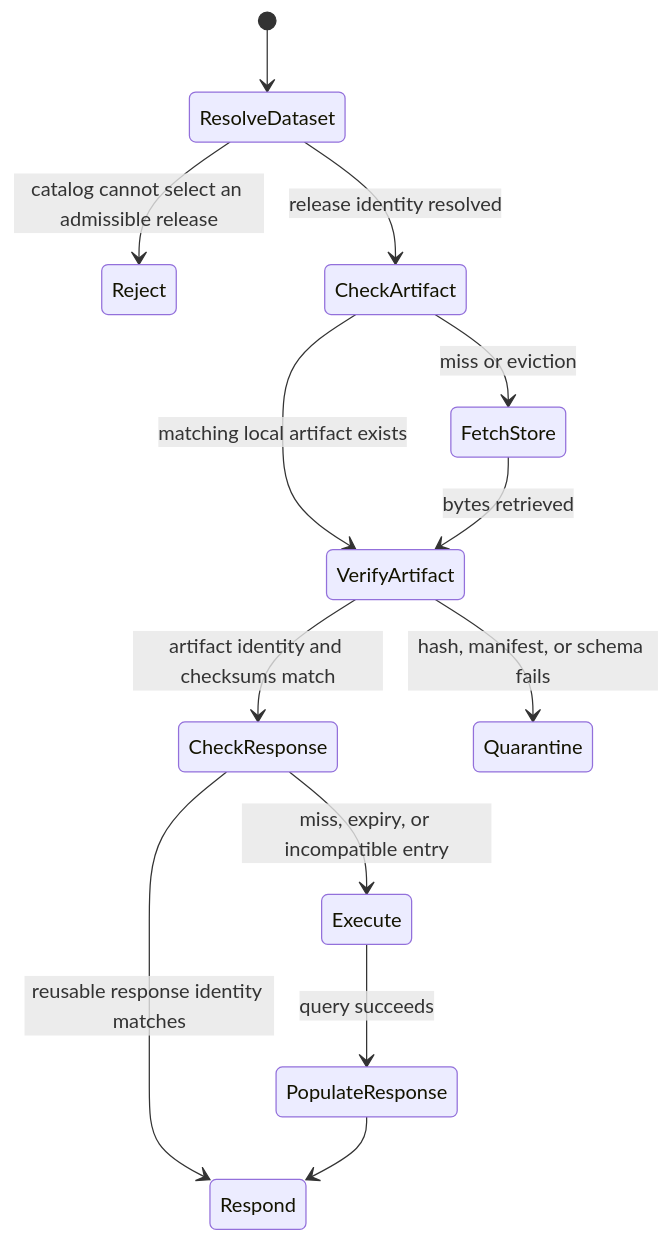
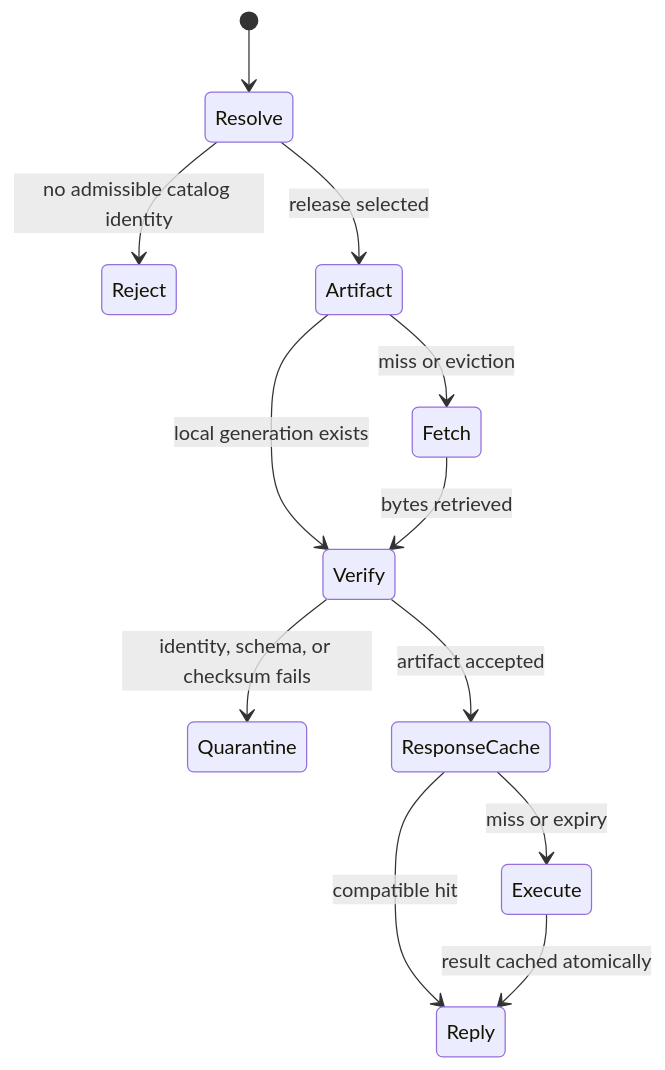
Before and after one commit to bijux/bijux-atlas: the second of 3 diagrams in docs/bijux-atlas-ops/stack/cache-and-store-operations.md, drawn with Mermaid. The commit also changed other lines of this file and 1 other file, not shown here.

````diff
--- a/docs/bijux-atlas-ops/stack/cache-and-store-operations.md
+++ b/docs/bijux-atlas-ops/stack/cache-and-store-operations.md
@@ -44,15 +46,14 @@
 ```mermaid
 stateDiagram-v2
-    [*] --> ResolveDataset
-    ResolveDataset --> Reject: catalog cannot select an admissible release
-    ResolveDataset --> CheckArtifact: release identity resolved
-    CheckArtifact --> VerifyArtifact: matching local artifact exists
-    CheckArtifact --> FetchStore: miss or eviction
-    VerifyArtifact --> CheckResponse: artifact identity and checksums match
-    FetchStore --> VerifyArtifact: bytes retrieved
-    VerifyArtifact --> Quarantine: hash, manifest, or schema fails
-    CheckResponse --> Respond: reusable response identity matches
-    CheckResponse --> Execute: miss, expiry, or incompatible entry
-    Execute --> PopulateResponse: query succeeds
-    PopulateResponse --> Respond
+    [*] --> Resolve
+    Resolve --> Reject: no admissible catalog identity
+    Resolve --> Artifact: release selected
+    Artifact --> Verify: local generation exists
+    Artifact --> Fetch: miss or eviction
+    Fetch --> Verify: bytes retrieved
+    Verify --> Quarantine: identity, schema, or checksum fails
+    Verify --> ResponseCache: artifact accepted
+    ResponseCache --> Reply: compatible hit
+    ResponseCache --> Execute: miss or expiry
+    Execute --> Reply: result cached atomically
 ```
````
